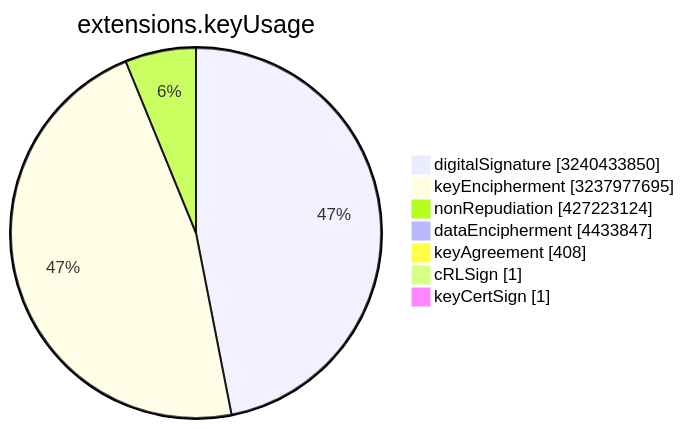
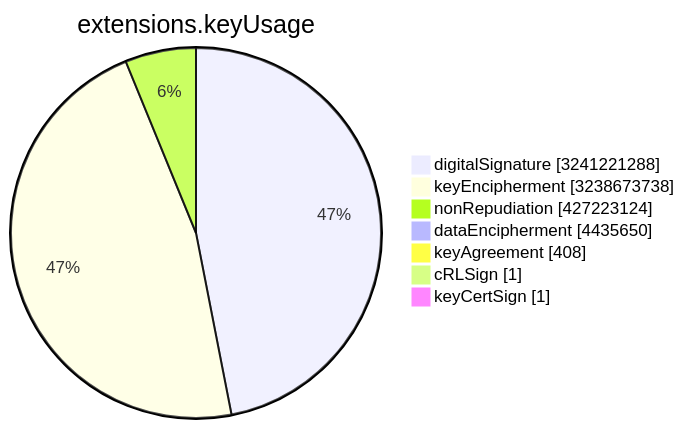
One commit to christiankrug/ctmonitor_visualization changed the sixth of 15 diagrams in TOTAL/README.md. Above: the diagram before and after it, drawn with Mermaid. The commit also changed other lines of this file, not shown here.

````diff
--- a/TOTAL/README.md
+++ b/TOTAL/README.md
@@ -3077,11 +3077,11 @@
 ```mermaid
 pie showData
 title extensions.keyUsage
-"digitalSignature" :3240433850
-"keyEncipherment" :3237977695
+"digitalSignature" :3241221288
+"keyEncipherment" :3238673738
 "nonRepudiation" :427223124
-"dataEncipherment" :4433847
+"dataEncipherment" :4435650
 "keyAgreement" :408
 "cRLSign" :1
 "keyCertSign" :1
 ```
````
